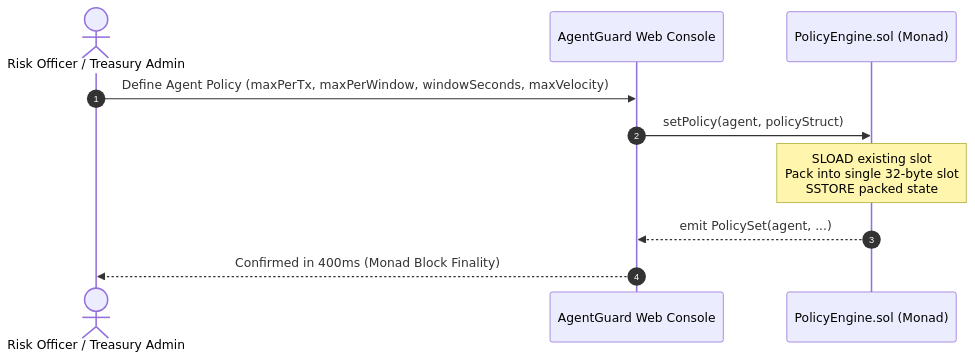
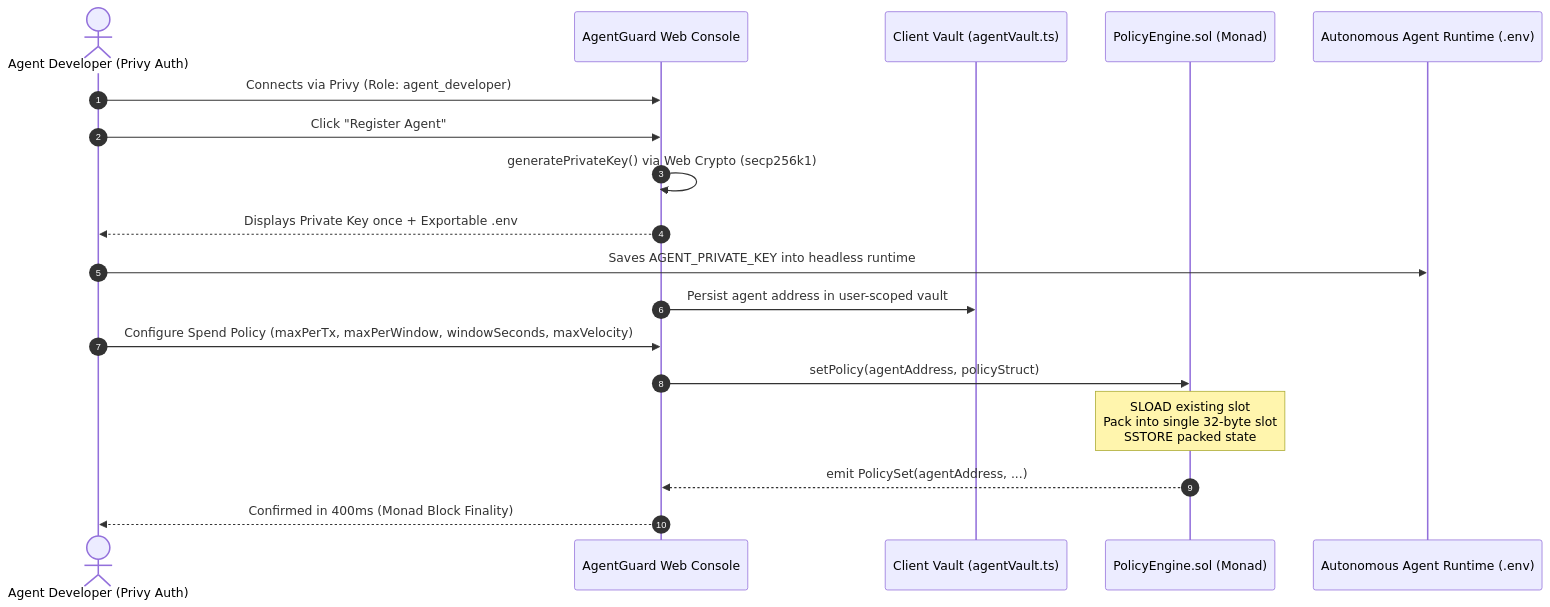
The first of 5 diagrams in docs/SYSTEM_FLOWS.md (klyran-labs/metropolis), drawn with Mermaid before and after one commit. The commit also changed other lines of this file and 105 other files, not shown here.

````diff
--- a/docs/SYSTEM_FLOWS.md
+++ b/docs/SYSTEM_FLOWS.md
@@ -9,13 +9,21 @@
 ```mermaid
 sequenceDiagram
     autonumber
-    actor Admin as Risk Officer / Treasury Admin
+    actor Dev as Agent Developer (Privy Auth)
     participant UI as AgentGuard Web Console
+    participant Vault as Client Vault (agentVault.ts)
     participant PE as PolicyEngine.sol (Monad)
+    participant Agent as Autonomous Agent Runtime (.env)
     
-    Admin->>UI: Define Agent Policy (maxPerTx, maxPerWindow, windowSeconds, maxVelocity)
-    UI->>PE: setPolicy(agent, policyStruct)
+    Dev->>UI: Connects via Privy (Role: agent_developer)
+    Dev->>UI: Click "Register Agent"
+    UI->>UI: generatePrivateKey() via Web Crypto (secp256k1)
+    UI-->>Dev: Displays Private Key once + Exportable .env
+    Dev->>Agent: Saves AGENT_PRIVATE_KEY into headless runtime
+    UI->>Vault: Persist agent address in user-scoped vault
+    Dev->>UI: Configure Spend Policy (maxPerTx, maxPerWindow, windowSeconds, maxVelocity)
+    UI->>PE: setPolicy(agentAddress, policyStruct)
     Note over PE: SLOAD existing slot<br/>Pack into single 32-byte slot<br/>SSTORE packed state
-    PE-->>UI: emit PolicySet(agent, ...)
-    UI-->>Admin: Confirmed in 400ms (Monad Block Finality)
+    PE-->>UI: emit PolicySet(agentAddress, ...)
+    UI-->>Dev: Confirmed in 400ms (Monad Block Finality)
 ```
````
